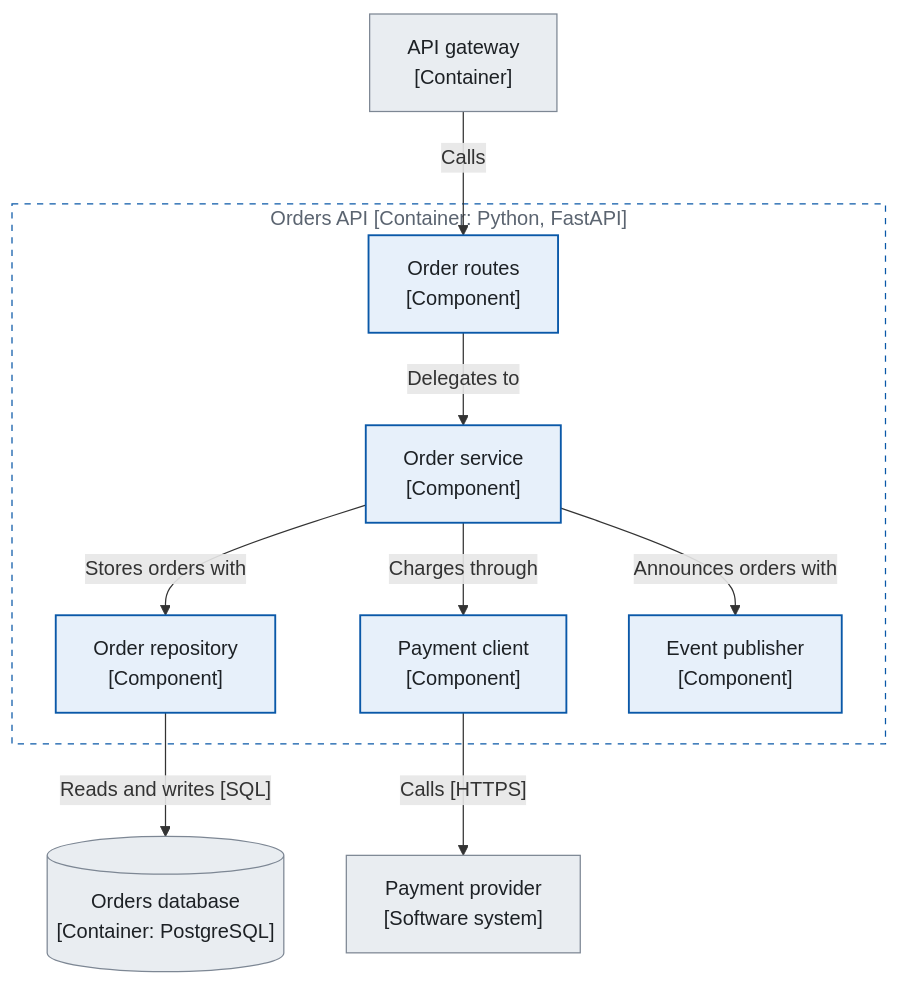
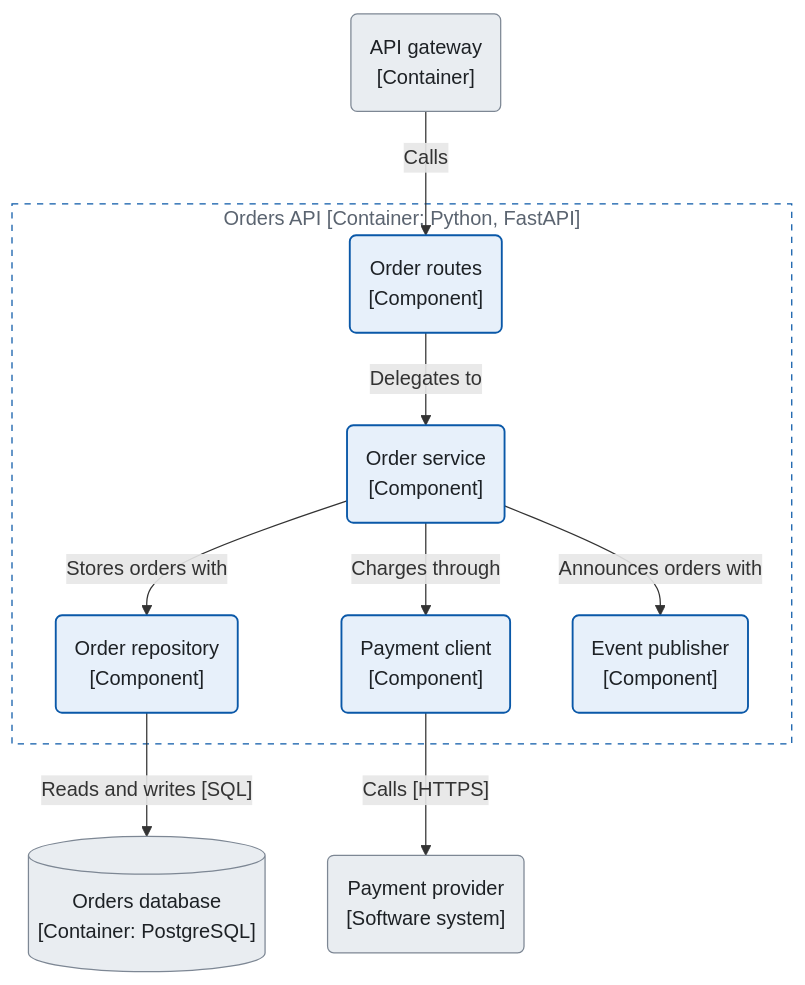
The third of 4 diagrams in content/packs/design/skills/architecture-diagram-designer/references/c4-templates.md (julimonte03/exo-harness), drawn with Mermaid before and after one commit. The commit also changed other lines of this file and 13 other files, not shown here.

````diff
--- a/content/packs/design/skills/architecture-diagram-designer/references/c4-templates.md
+++ b/content/packs/design/skills/architecture-diagram-designer/references/c4-templates.md
@@ -82,36 +82,36 @@
 ```mermaid
 %% exo-style: neutral
 flowchart TB
     accTitle: The Orders API keeps payment and event logic out of its routes
     accDescr: The routes call the order service, which uses the order repository, the payment client and the event publisher.
 
-    gateway["API gateway<br/>[Container]"]
+    gateway("API gateway<br/>[Container]")
     subgraph orders["Orders API [Container: Python, FastAPI]"]
         %% [Code] services/orders/app/routes.py:1
-        routes["Order routes<br/>[Component]"]
+        routes("Order routes<br/>[Component]")
         %% [Code] services/orders/app/service.py:1
-        service["Order service<br/>[Component]"]
+        service("Order service<br/>[Component]")
         %% [Code] services/orders/app/repository.py:1
-        repo["Order repository<br/>[Component]"]
+        repo("Order repository<br/>[Component]")
         %% [Code] services/orders/app/payments_client.py:1
-        payclient["Payment client<br/>[Component]"]
+        payclient("Payment client<br/>[Component]")
         %% [Code] services/orders/app/events.py:1
-        publisher["Event publisher<br/>[Component]"]
+        publisher("Event publisher<br/>[Component]")
     end
     db[("Orders database<br/>[Container: PostgreSQL]")]
-    payments["Payment provider<br/>[Software system]"]
+    payments("Payment provider<br/>[Software system]")
 
     gateway -->|"Calls"| routes
     routes -->|"Delegates to"| service
     service -->|"Stores orders with"| repo
     service -->|"Charges through"| payclient
     service -->|"Announces orders with"| publisher
     repo -->|"Reads and writes [SQL]"| db
     payclient -->|"Calls [HTTPS]"| payments
 
     classDef inner fill:#e7f0fa,stroke:#0a58a8,color:#1d2125,stroke-width:1.5px
     classDef external fill:#e9edf1,stroke:#7d8794,color:#1d2125
     class routes,service,repo,payclient,publisher inner
     class gateway,db,payments external
     style orders fill:#ffffff,stroke:#0a58a8,stroke-dasharray:5 5,color:#5b6470
 ```
````
